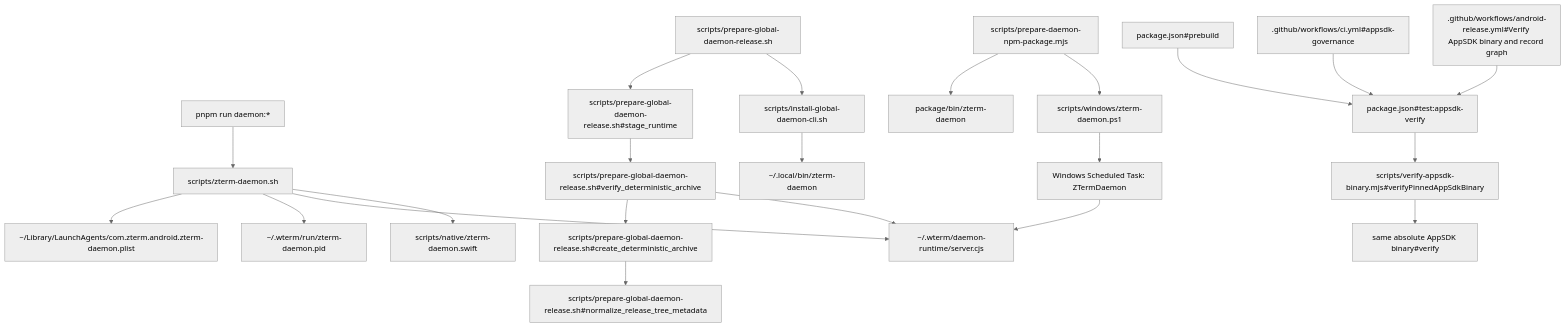
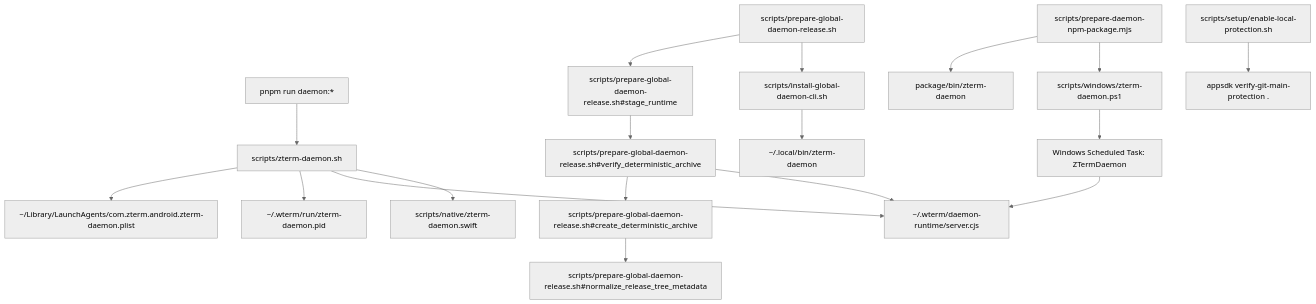
One commit to Jasonzhangf/zterm changed the fourth of 5 diagrams in android/docs/wiki/mainline-source.md. Above: the diagram before and after it, drawn with Mermaid (neutral theme). The commit also changed other lines of this file and 18 other files, not shown here.

Commit message:
fix(ci): remove obsolete AppSDK binary gate

````diff
--- a/android/docs/wiki/mainline-source.md
+++ b/android/docs/wiki/mainline-source.md
@@ -363,24 +363,20 @@
 ```mermaid
 flowchart TD
   DevCLI["pnpm run daemon:*"] --> Shell["scripts/zterm-daemon.sh"]
   Shell --> Launchd["~/Library/LaunchAgents/com.zterm.android.zterm-daemon.plist"]
   Shell --> Direct["~/.wterm/run/zterm-daemon.pid"]
   Shell --> Runtime["~/.wterm/daemon-runtime/server.cjs"]
   Shell --> Native["scripts/native/zterm-daemon.swift"]
   WinShell["scripts/windows/zterm-daemon.ps1"] --> WinTask["Windows Scheduled Task: ZTermDaemon"]
   WinTask --> Runtime
   Release["scripts/prepare-global-daemon-release.sh"] --> DaemonReleaseOut01StageRuntime["scripts/prepare-global-daemon-release.sh#stage_runtime"]
   DaemonReleaseOut01StageRuntime --> DaemonReleaseOut02VerifyDeterminism["scripts/prepare-global-daemon-release.sh#verify_deterministic_archive"]
   DaemonReleaseOut02VerifyDeterminism --> DaemonReleaseOut03ArchiveArtifact["scripts/prepare-global-daemon-release.sh#create_deterministic_archive"]
   DaemonReleaseOut03ArchiveArtifact --> DaemonReleaseOut04NormalizeMetadata["scripts/prepare-global-daemon-release.sh#normalize_release_tree_metadata"]
   DaemonReleaseOut02VerifyDeterminism --> Runtime
   Release --> Install["scripts/install-global-daemon-cli.sh"]
   Install --> GlobalBin["~/.local/bin/zterm-daemon"]
   Npm["scripts/prepare-daemon-npm-package.mjs"] --> PackageBin["package/bin/zterm-daemon"]
   Npm --> WinShell
-  AppSdkPrebuildGate["package.json#prebuild"] --> AppSdkPackageGate["package.json#test:appsdk-verify"]
-  AppSdkCiGate[".github/workflows/ci.yml#appsdk-governance"] --> AppSdkPackageGate
-  AppSdkReleaseGate[".github/workflows/android-release.yml#Verify AppSDK binary and record graph"] --> AppSdkPackageGate
-  AppSdkPackageGate --> AppSdkBinaryPreflight["scripts/verify-appsdk-binary.mjs#verifyPinnedAppSdkBinary"]
-  AppSdkBinaryPreflight --> AppSdkRecordGraphVerify["same absolute AppSDK binary#verify"]
+  GitProtectionSetup["scripts/setup/enable-local-protection.sh"] --> GitProtectionVerify["appsdk verify-git-main-protection ."]
 ```
````
